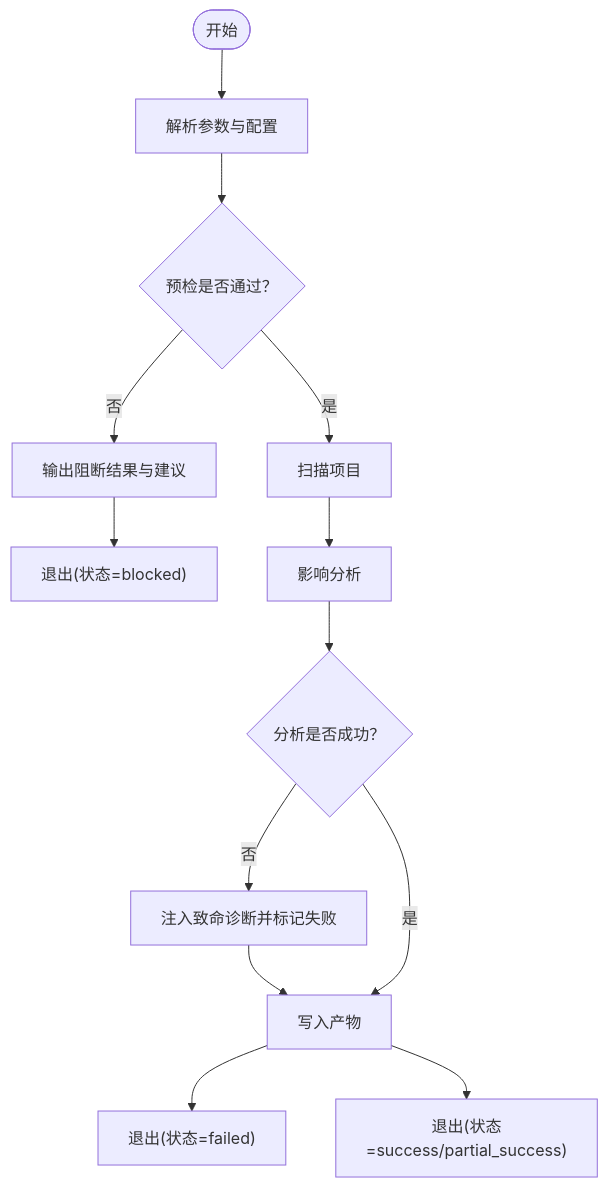
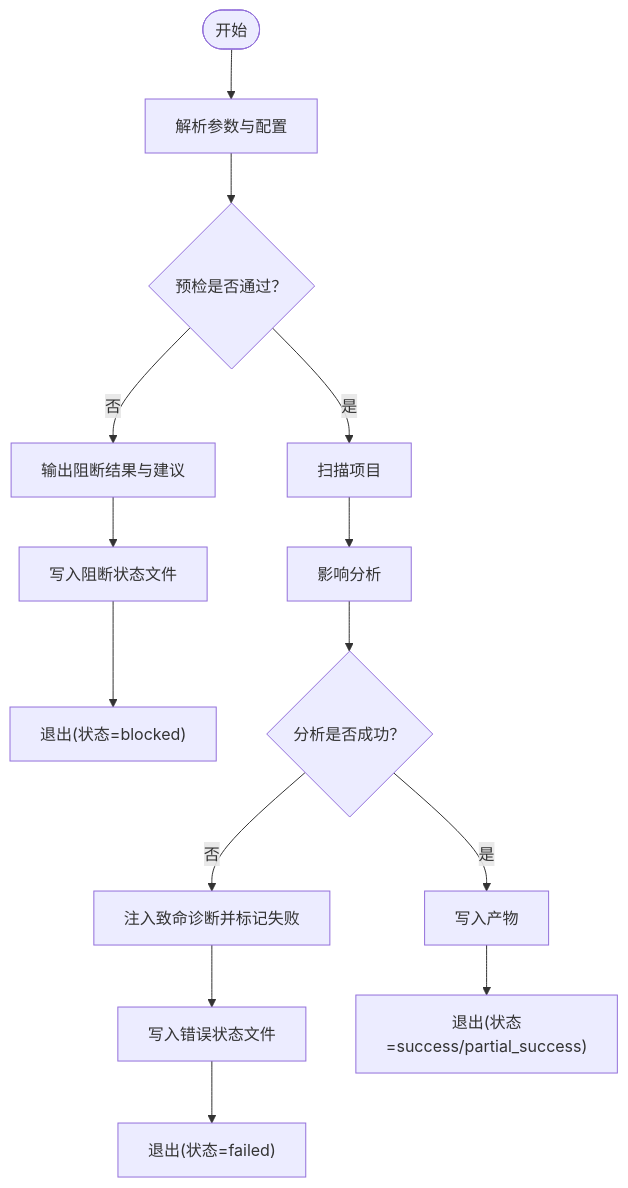
The third of 6 diagrams in .qoder/repowiki/zh/content/高级用法/故障排除指南.md (brand-new-remo/frontend-impact-analyzer), drawn with Mermaid before and after one commit. The commit also changed other lines of this file and 4 other files, not shown here.

````diff
--- a/.qoder/repowiki/zh/content/高级用法/故障排除指南.md
+++ b/.qoder/repowiki/zh/content/高级用法/故障排除指南.md
@@ -120,11 +134,11 @@
 ```mermaid
 flowchart TD
 Start(["开始"]) --> Parse["解析参数与配置"]
 Parse --> Preflight{"预检是否通过？"}
-Preflight --> |否| Blocked["输出阻断结果与建议"] --> ExitBlocked["退出(状态=blocked)"]
+Preflight --> |否| Blocked["输出阻断结果与建议"] --> WriteBlocked["写入阻断状态文件"] --> ExitBlocked["退出(状态=blocked)"]
 Preflight --> |是| Scan["扫描项目"]
 Scan --> Analyze["影响分析"]
 Analyze --> Success{"分析是否成功？"}
-Success --> |否| Fatal["注入致命诊断并标记失败"] --> Write["写入产物"] --> ExitFail["退出(状态=failed)"]
+Success --> |否| Fatal["注入致命诊断并标记失败"] --> WriteError["写入错误状态文件"] --> ExitFail["退出(状态=failed)"]
 Success --> |是| Write["写入产物"] --> ExitOk["退出(状态=success/partial_success)"]
 ```
````
